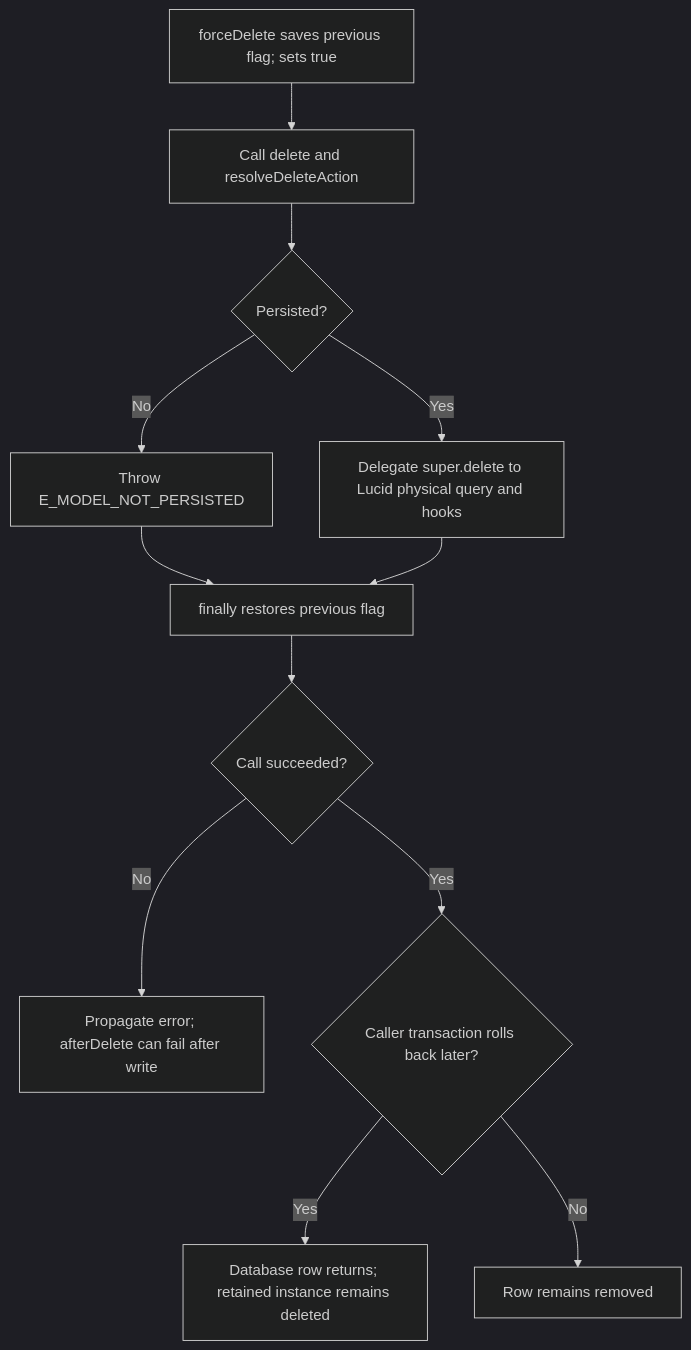
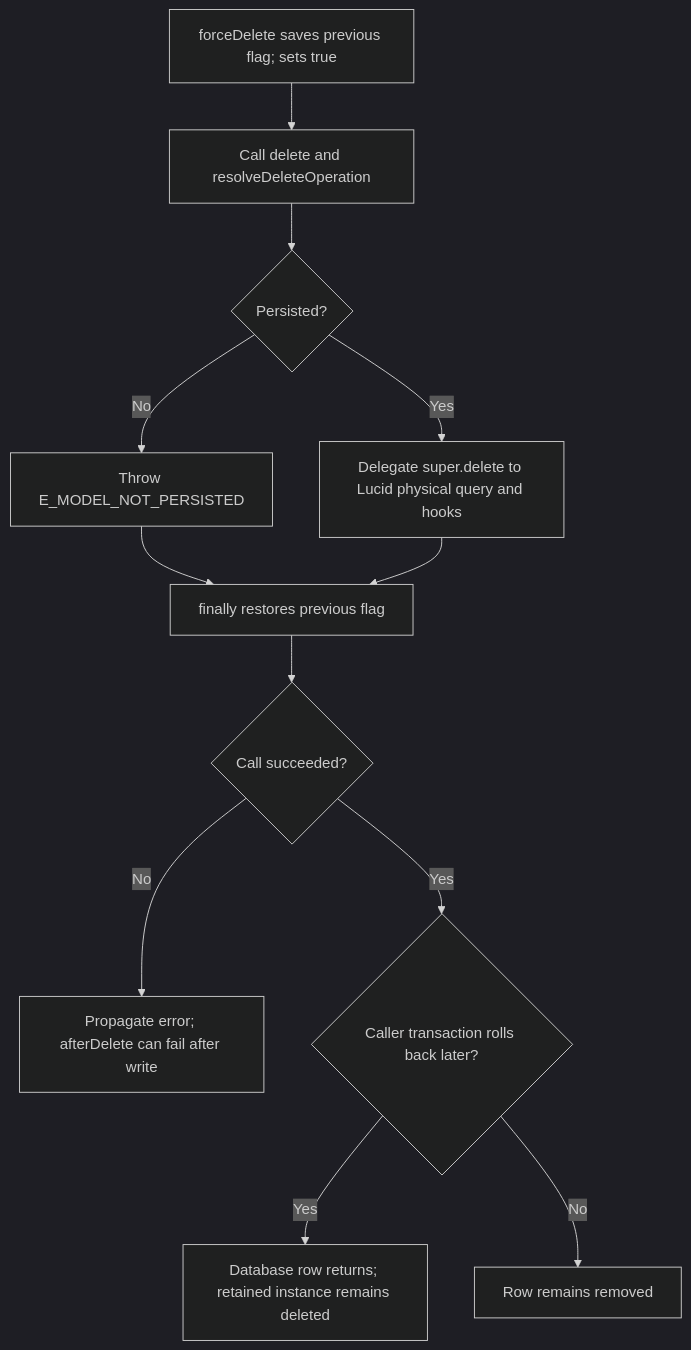
The second of 2 diagrams in user-stories/purge-instance/us-app-04-purge-instance.md (Kevinjohn/oss-adonisjs-lucid-soft-delete), drawn with Mermaid (dark theme) before and after one commit. The commit also changed other lines of this file and 5 other files, not shown here.

````diff
--- a/user-stories/purge-instance/us-app-04-purge-instance.md
+++ b/user-stories/purge-instance/us-app-04-purge-instance.md
@@ -37,11 +37,11 @@
 ```mermaid
 flowchart TD
-    A["forceDelete saves previous flag; sets true"] --> B["Call delete and resolveDeleteAction"] --> C{"Persisted?"}
+    A["forceDelete saves previous flag; sets true"] --> B["Call delete and resolveDeleteOperation"] --> C{"Persisted?"}
     C -->|No| D["Throw E_MODEL_NOT_PERSISTED"] --> F["finally restores previous flag"]
     C -->|Yes| E["Delegate super.delete to Lucid physical query and hooks"] --> F
     F --> G{"Call succeeded?"}
     G -->|No| H["Propagate error; afterDelete can fail after write"]
     G -->|Yes| I{"Caller transaction rolls back later?"}
     I -->|Yes| J["Database row returns; retained instance remains deleted"]
     I -->|No| K["Row remains removed"]
 ```
````
